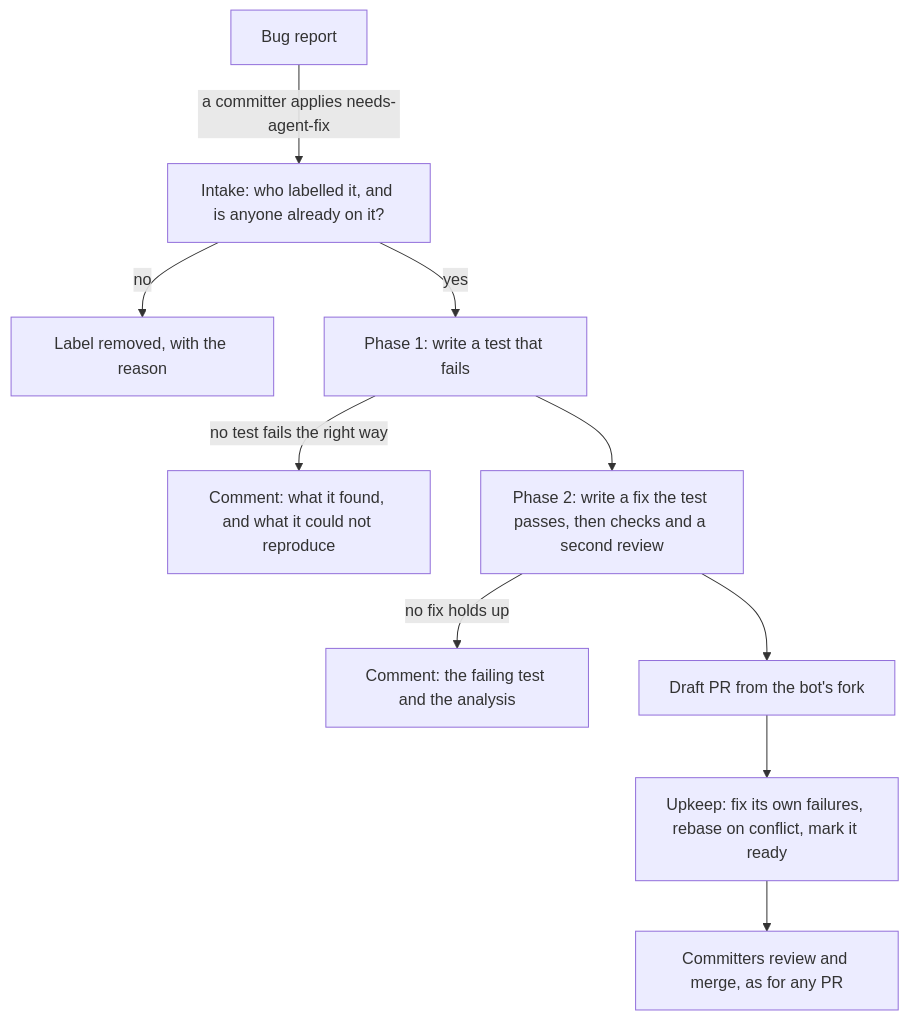
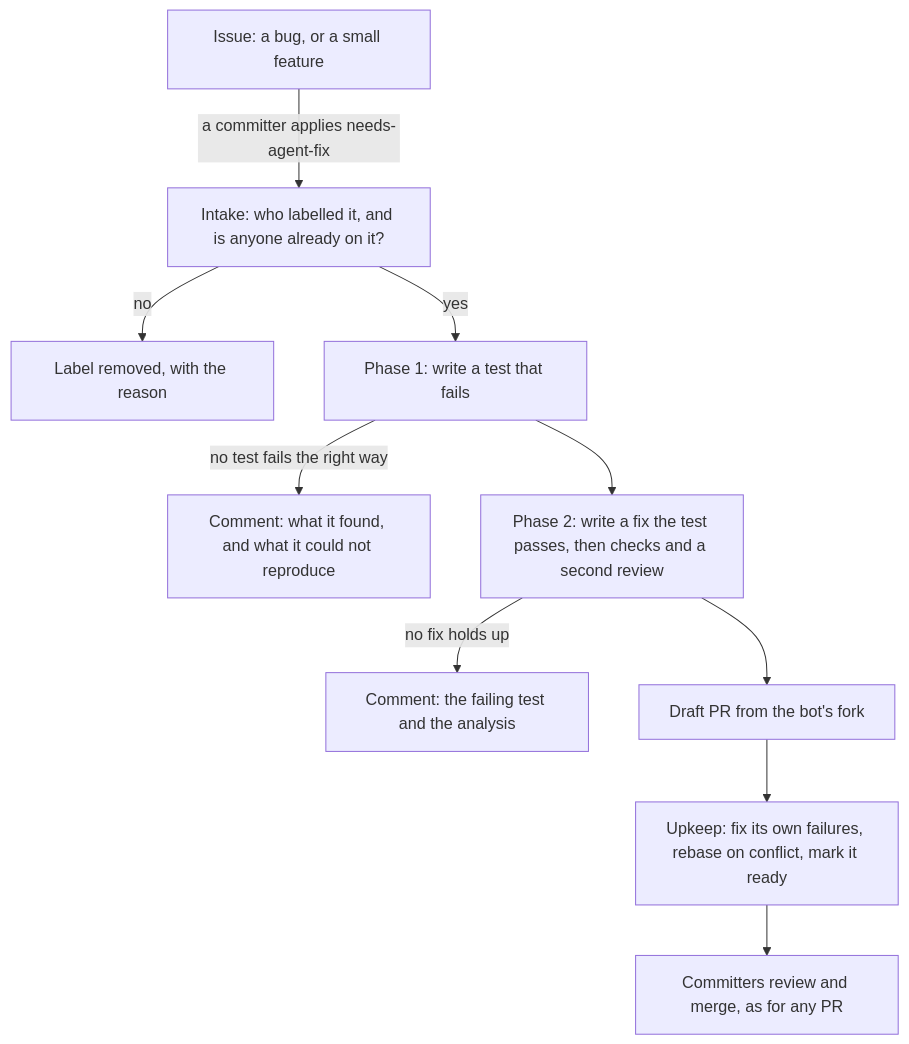
One commit to sarthakaggarwal97/valkey-ci-agent changed the first of 5 diagrams in docs/design/software-factory.md. Above: the diagram before and after it, drawn with Mermaid. The commit also changed other lines of this file, not shown here.

First line of the commit message:
Bring small features with agreed behaviour into scope

````diff
--- a/docs/design/software-factory.md
+++ b/docs/design/software-factory.md
@@ -12,12 +12,12 @@
 ```mermaid
 flowchart TD
-    A["Bug report"] -->|"a committer applies needs-agent-fix"| B["Intake: who labelled it, and is anyone already on it?"]
+    A["Issue: a bug, or a small feature"] -->|"a committer applies needs-agent-fix"| B["Intake: who labelled it, and is anyone already on it?"]
     B -->|"no"| X["Label removed, with the reason"]
     B -->|"yes"| C["Phase 1: write a test that fails"]
     C -->|"no test fails the right way"| D["Comment: what it found, and what it could not reproduce"]
     C --> E["Phase 2: write a fix the test passes, then checks and a second review"]
     E -->|"no fix holds up"| F["Comment: the failing test and the analysis"]
     E --> G["Draft PR from the bot's fork"]
     G --> H["Upkeep: fix its own failures, rebase on conflict, mark it ready"]
     H --> I["Committers review and merge, as for any PR"]
 ```
````
